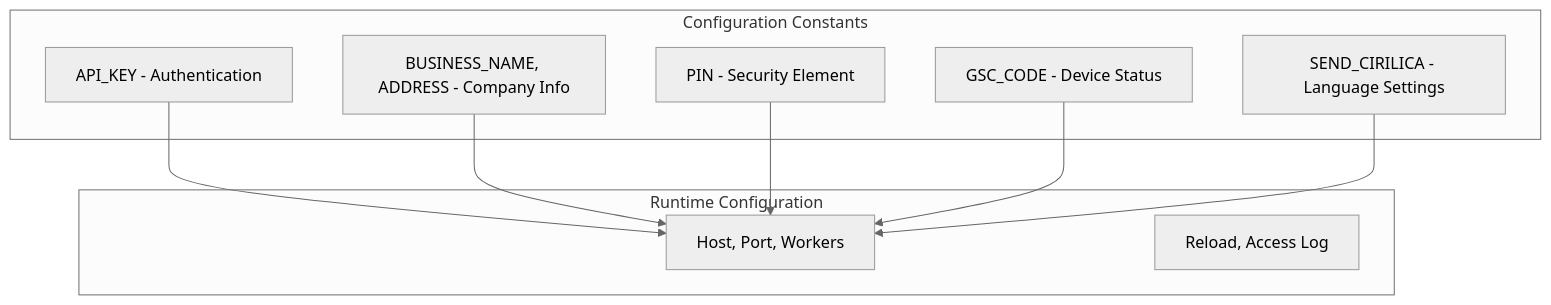
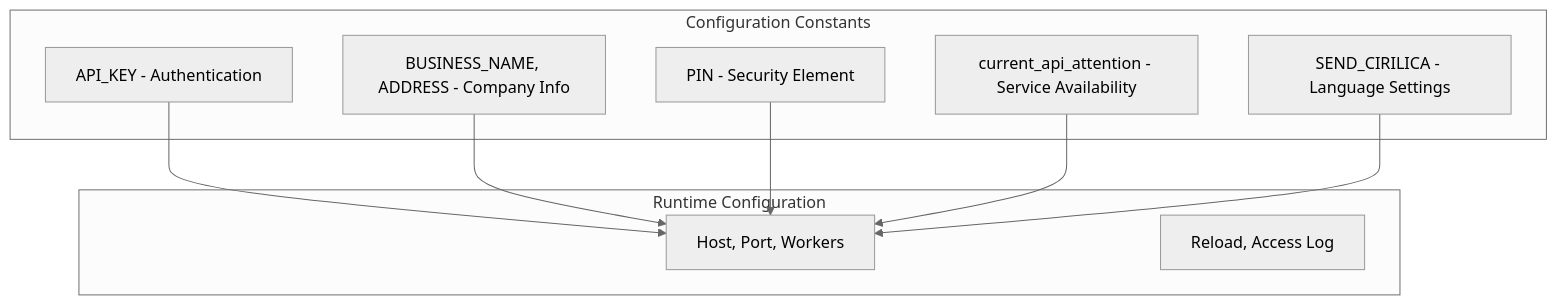
The eighth of 13 diagrams in doc/ARCHITECTURE.md (bringout/ofs-mockup-srv), drawn with Mermaid (neutral theme) before and after one commit. The commit also changed 15 other files, not shown here.

First line of the commit message:
Remove GSC legacy system and implement HTTP status-based service availability

````diff
--- a/doc/ARCHITECTURE.md
+++ b/doc/ARCHITECTURE.md
@@ -248,21 +248,21 @@
 ```mermaid
 graph TB
     subgraph "Configuration Constants"
         API_CONFIG[API_KEY - Authentication]
         BUSINESS_CONFIG[BUSINESS_NAME, ADDRESS - Company Info]
         SECURITY_CONFIG[PIN - Security Element]
-        DEVICE_CONFIG[GSC_CODE - Device Status]
+        SERVICE_CONFIG[current_api_attention - Service Availability]
         LANG_CONFIG[SEND_CIRILICA - Language Settings]
     end
     
     subgraph "Runtime Configuration"
         SERVER_CONFIG[Host, Port, Workers]
         UVICORN_CONFIG[Reload, Access Log]
     end
     
     API_CONFIG --> SERVER_CONFIG
     BUSINESS_CONFIG --> SERVER_CONFIG
     SECURITY_CONFIG --> SERVER_CONFIG
-    DEVICE_CONFIG --> SERVER_CONFIG
+    SERVICE_CONFIG --> SERVER_CONFIG
     LANG_CONFIG --> SERVER_CONFIG
 ```
````
